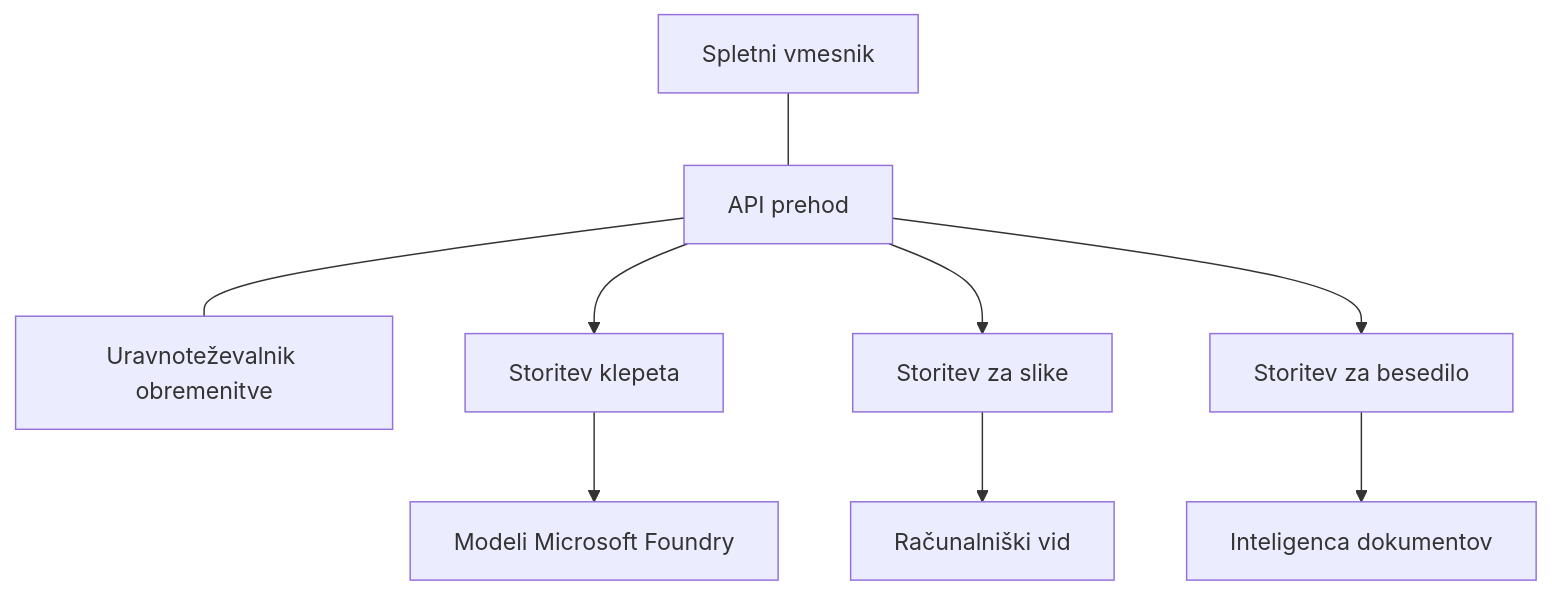
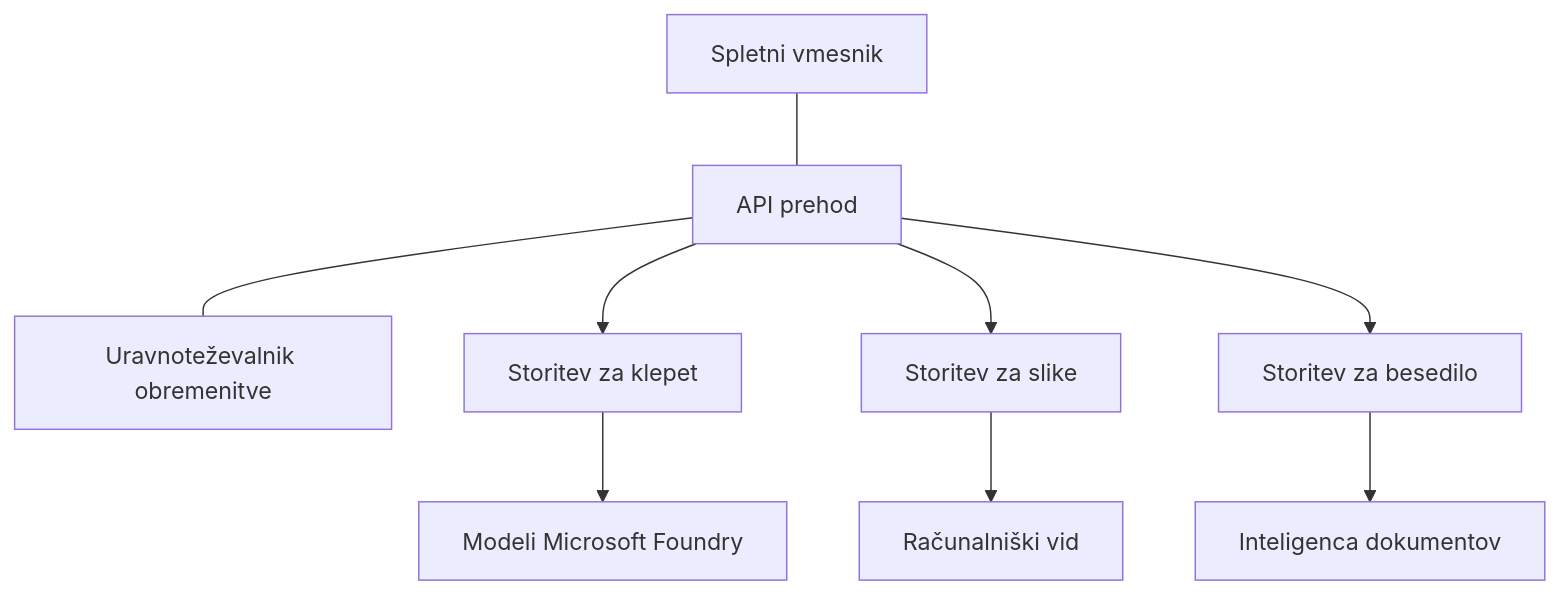
One commit to microsoft/AZD-for-beginners changed the diagram in translations/sl/docs/chapter-08-production/production-ai-practices.md. Above: the diagram before and after it, drawn with Mermaid. The commit also changed other lines of this file and 101 other files, not shown here.

````diff
--- a/translations/sl/docs/chapter-08-production/production-ai-practices.md
+++ b/translations/sl/docs/chapter-08-production/production-ai-practices.md
@@ -30,10 +30,10 @@
 ```mermaid
 graph TD
     Frontend[Spletni vmesnik] --- Gateway[API prehod] --- LB[Uravnoteževalnik obremenitve]
-    Gateway --> Chat[Storitev klepeta]
+    Gateway --> Chat[Storitev za klepet]
     Gateway --> Image[Storitev za slike]
     Gateway --> Text[Storitev za besedilo]
     Chat --> OpenAI[Modeli Microsoft Foundry]
     Image --> Vision[Računalniški vid]
     Text --> DocIntel[Inteligenca dokumentov]
 ```
````
